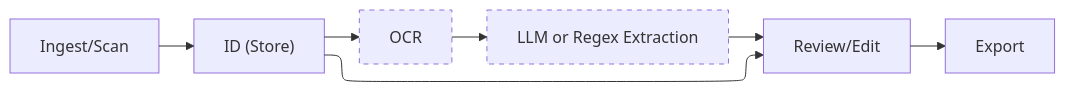
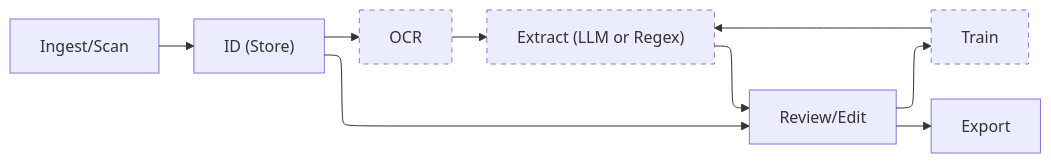
The diagram in README.md (alerque/acceptarium), drawn with Mermaid before and after one commit. The commit also changed other lines of this file, not shown here.

Commit message:
Update overview flowchart to clarify and add training step

````diff
--- a/README.md
+++ b/README.md
@@ -15,14 +15,20 @@
 ```mermaid
 ---
 config:
   layout: elk
 ---
 flowchart LR
-    A["Ingest/Scan"] --> B["ID (Store)"]
-    B --> C["Review/Edit"] & D["OCR"]
-    D --> E["LLM or Regex Extraction"]
-    E --> C
-    C --> F["Export"]
+    A["Ingest/Scan"]
+    B["ID (Store)"]
+    C["OCR"]
+    D["Extract (LLM or Regex)"]
+    E["Review/Edit"]
+    F["Train"]
+    H["Export"]
+    style C stroke-dasharray: 5
     style D stroke-dasharray: 5
-    style E stroke-dasharray: 5
+    style F stroke-dasharray: 5
+    A --> B --> E --> H
+    B --> C --> D --> E
+    E --> F --> D
 ```
````
